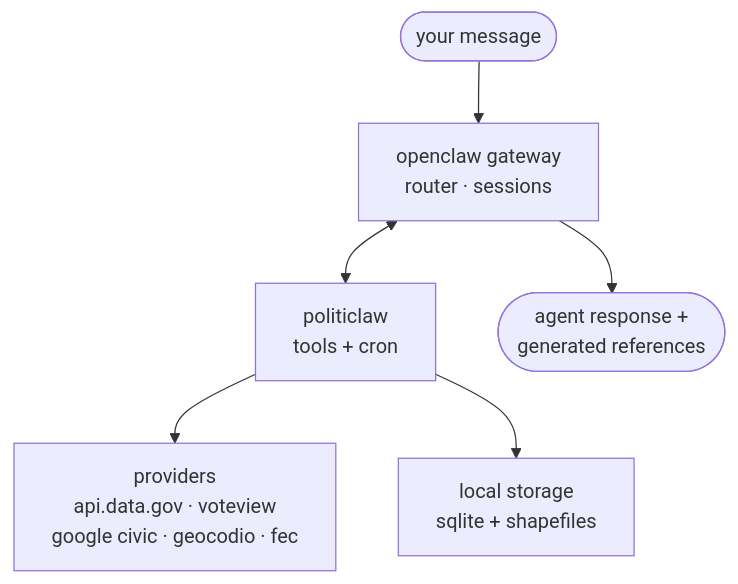
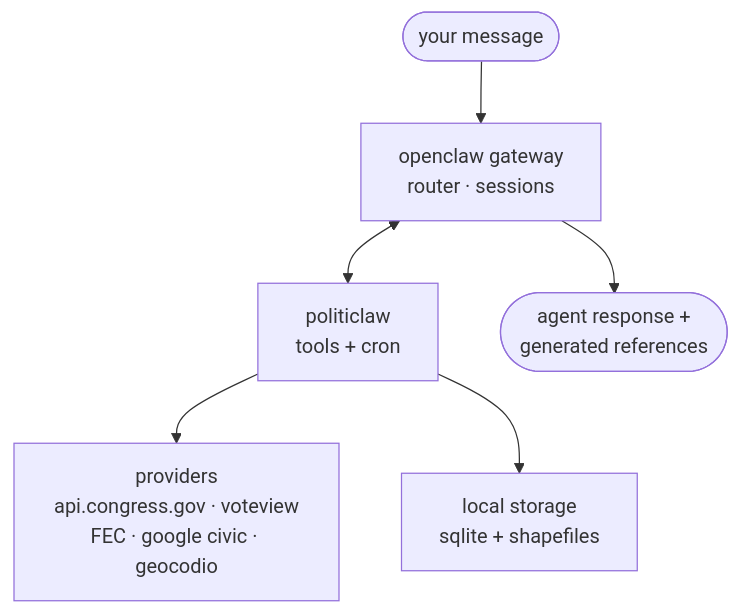
One commit to PolitiClaw/PolitiClaw changed the diagram in apps/docs/index.md. Above: the diagram before and after it, drawn with Mermaid. The commit also changed other lines of this file, not shown here.

````diff
--- a/apps/docs/index.md
+++ b/apps/docs/index.md
@@ -92,8 +94,8 @@
 ```mermaid
 graph TB
   user([your message]) --> gateway
   gateway[openclaw gateway<br/>router · sessions] <--> politiclaw[politiclaw<br/>tools + cron]
-  politiclaw --> providers[providers<br/>api.data.gov · voteview<br/>google civic · geocodio · fec]
+  politiclaw --> providers[providers<br/>api.congress.gov · voteview<br/>FEC · google civic · geocodio]
   politiclaw --> storage[local storage<br/>sqlite + shapefiles]
   gateway --> response([agent response +<br/>generated references])
 ```
````
